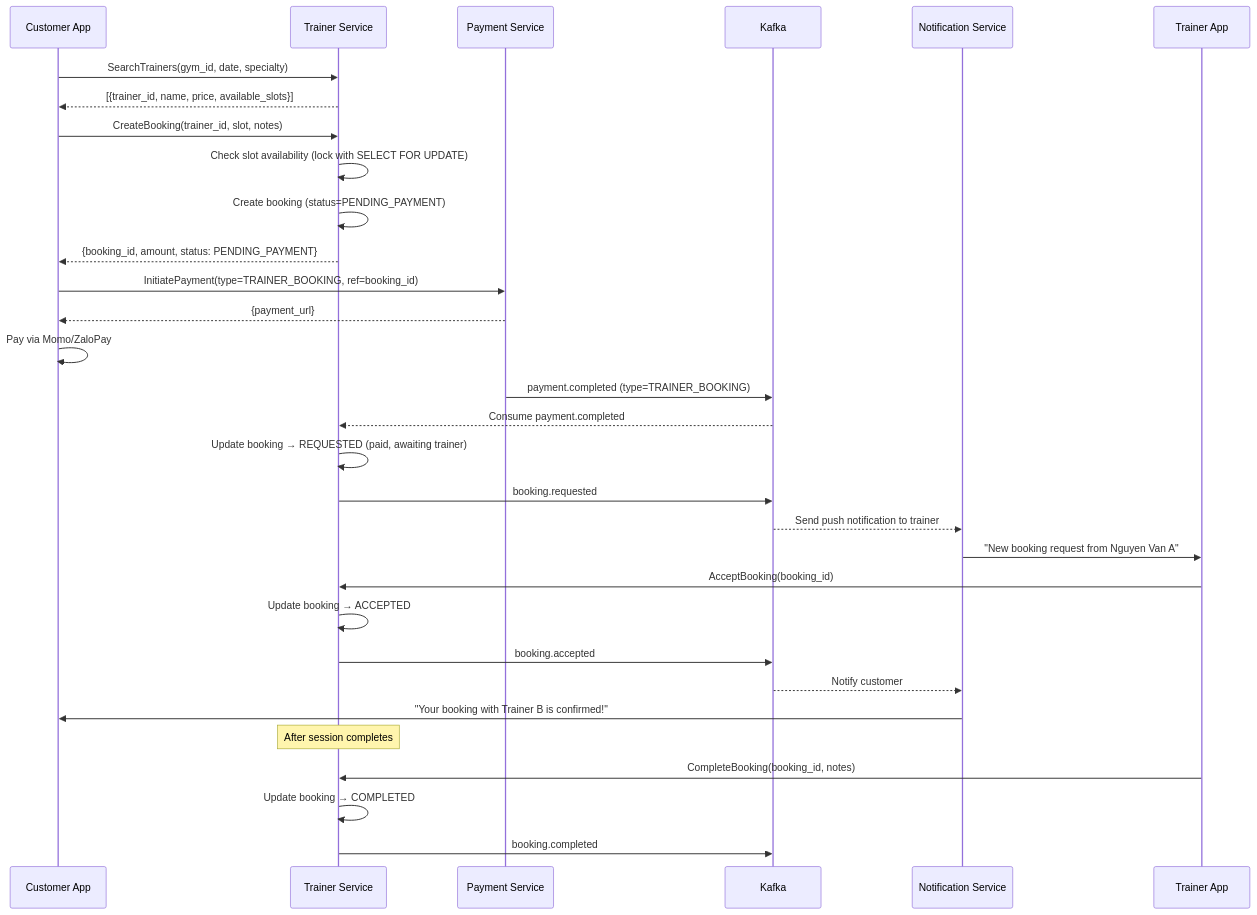
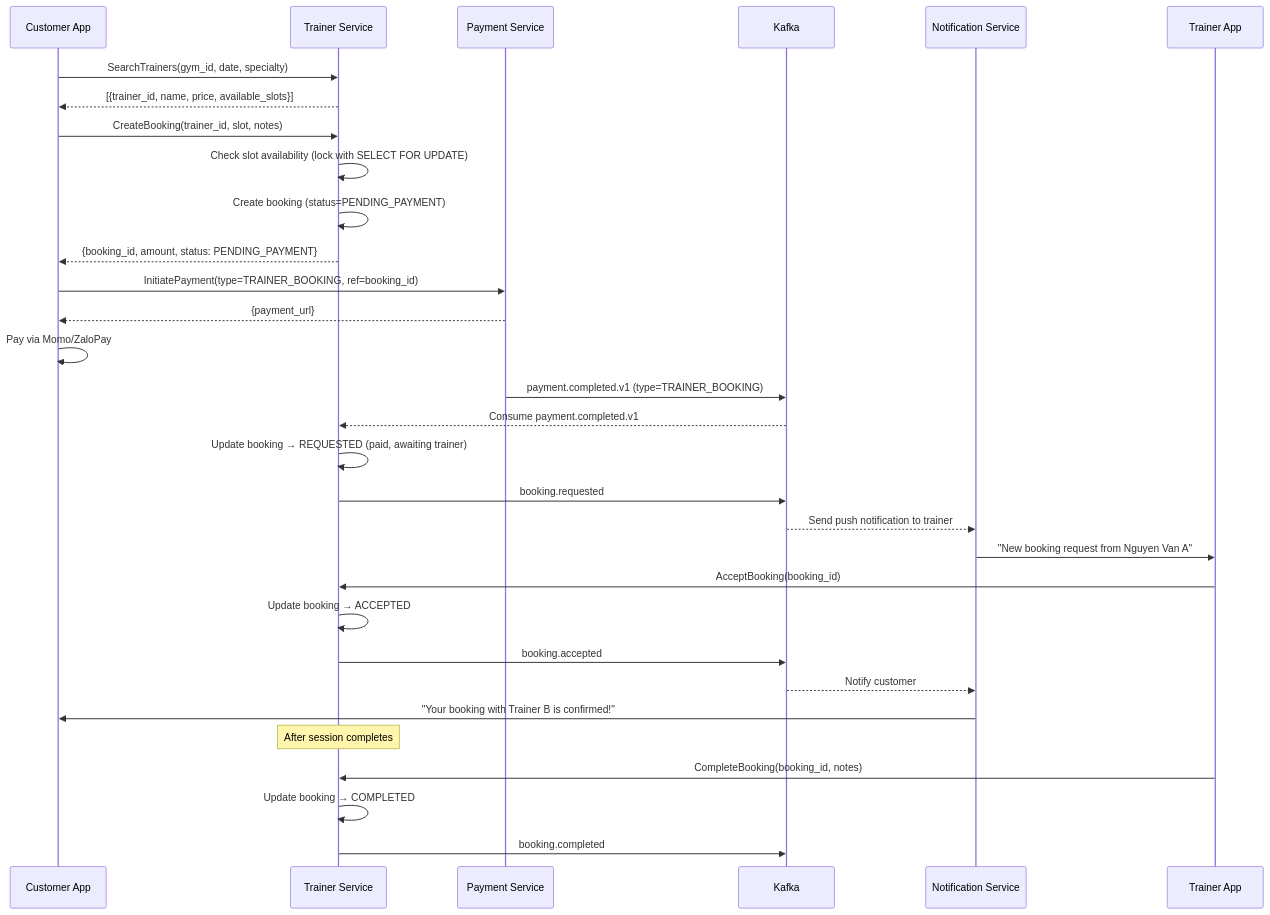
One commit to pploc/gym-architect changed the first of 5 diagrams in services/05-ms-gym-trainer.md. Above: the diagram before and after it, drawn with Mermaid. The commit also changed other lines of this file and 15 other files, not shown here.

````diff
--- a/services/05-ms-gym-trainer.md
+++ b/services/05-ms-gym-trainer.md
@@ -18,41 +18,41 @@
 ```mermaid
 sequenceDiagram
     participant C as Customer App
     participant TS as Trainer Service
     participant PS as Payment Service
     participant KF as Kafka
     participant NS as Notification Service
     participant T as Trainer App
 
     C->>TS: SearchTrainers(gym_id, date, specialty)
     TS-->>C: [{trainer_id, name, price, available_slots}]
 
     C->>TS: CreateBooking(trainer_id, slot, notes)
     TS->>TS: Check slot availability (lock with SELECT FOR UPDATE)
     TS->>TS: Create booking (status=PENDING_PAYMENT)
     TS-->>C: {booking_id, amount, status: PENDING_PAYMENT}
 
     C->>PS: InitiatePayment(type=TRAINER_BOOKING, ref=booking_id)
     PS-->>C: {payment_url}
     C->>C: Pay via Momo/ZaloPay
 
-    PS->>KF: payment.completed (type=TRAINER_BOOKING)
-    KF-->>TS: Consume payment.completed
+    PS->>KF: payment.completed.v1 (type=TRAINER_BOOKING)
+    KF-->>TS: Consume payment.completed.v1
     TS->>TS: Update booking → REQUESTED (paid, awaiting trainer)
     TS->>KF: booking.requested
 
     KF-->>NS: Send push notification to trainer
     NS->>T: "New booking request from Nguyen Van A"
 
     T->>TS: AcceptBooking(booking_id)
     TS->>TS: Update booking → ACCEPTED
     TS->>KF: booking.accepted
 
     KF-->>NS: Notify customer
     NS->>C: "Your booking with Trainer B is confirmed!"
 
     Note over TS: After session completes
     T->>TS: CompleteBooking(booking_id, notes)
     TS->>TS: Update booking → COMPLETED
     TS->>KF: booking.completed
 ```
````
